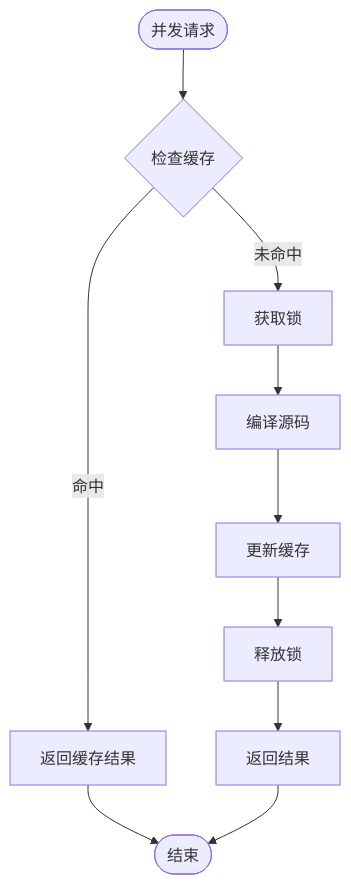
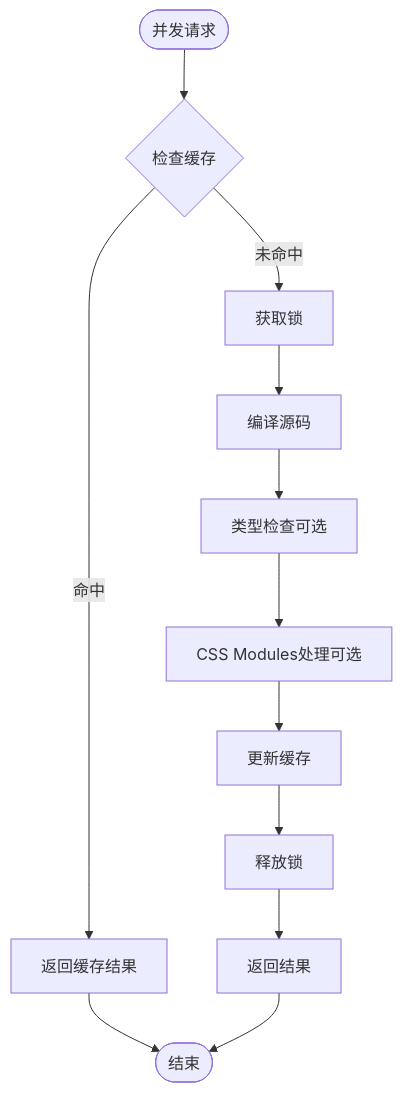
One commit to itszzl-sudo/iris changed diagram 18 of 19 in .qoder/repowiki/zh/content/技术架构详解/即时转译系统/SFC编译器初始化机制.md. Above: the diagram before and after it, drawn with Mermaid. The commit also changed other lines of this file and 3 other files, not shown here.

````diff
--- a/.qoder/repowiki/zh/content/技术架构详解/即时转译系统/SFC编译器初始化机制.md
+++ b/.qoder/repowiki/zh/content/技术架构详解/即时转译系统/SFC编译器初始化机制.md
@@ -525,12 +759,14 @@
 ```mermaid
 flowchart TD
 Start([并发请求]) --> CheckCache{"检查缓存"}
 CheckCache --> |命中| ReturnCached["返回缓存结果"]
 CheckCache --> |未命中| AcquireLock["获取锁"]
 AcquireLock --> Compile["编译源码"]
-Compile --> UpdateCache["更新缓存"]
+Compile --> TypeCheck["类型检查可选"]
+TypeCheck --> CssModules["CSS Modules处理可选"]
+CssModules --> UpdateCache["更新缓存"]
 UpdateCache --> ReleaseLock["释放锁"]
 ReleaseLock --> ReturnResult["返回结果"]
 ReturnCached --> End([结束])
 ReturnResult --> End
 ```
````
